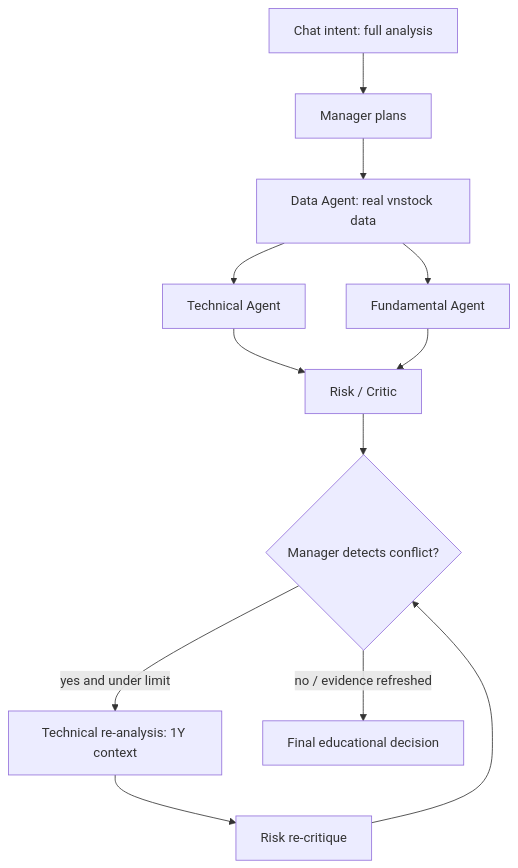
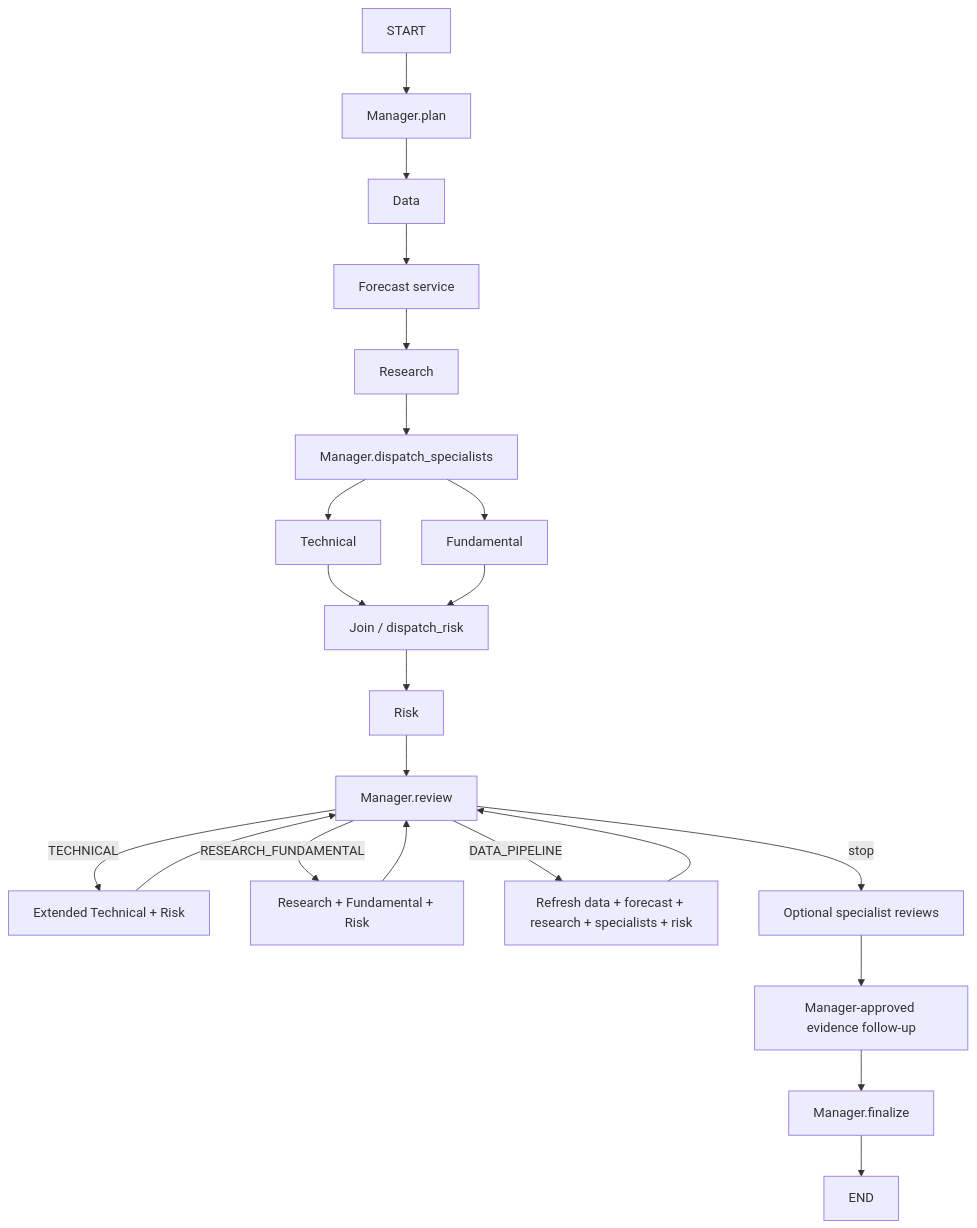
The second of 2 diagrams in README.md (Dung1604005/vietnam-stock-research-agent), drawn with Mermaid before and after one commit. The commit also changed other lines of this file and 86 other files, not shown here.

````diff
--- a/README.md
+++ b/README.md
@@ -87,14 +91,24 @@
 ```mermaid
 flowchart TD
-    U[Chat intent: full analysis] --> M[Manager plans]
-    M --> D[Data Agent: real vnstock data]
-    D --> T[Technical Agent]
-    D --> F[Fundamental Agent]
-    T --> R[Risk / Critic]
-    F --> R
-    R --> C{Manager detects conflict?}
-    C -->|yes and under limit| T2[Technical re-analysis: 1Y context]
-    T2 --> R2[Risk re-critique]
-    R2 --> C
-    C -->|no / evidence refreshed| O[Final educational decision]
+    S[START] --> M[Manager.plan]
+    M --> D[Data]
+    D --> P[Forecast service]
+    P --> R[Research]
+    R --> DS[Manager.dispatch_specialists]
+    DS --> T[Technical]
+    DS --> F[Fundamental]
+    T --> J[Join / dispatch_risk]
+    F --> J
+    J --> K[Risk]
+    K --> V[Manager.review]
+    V -->|TECHNICAL| TR[Extended Technical + Risk]
+    V -->|RESEARCH_FUNDAMENTAL| RF[Research + Fundamental + Risk]
+    V -->|DATA_PIPELINE| DP[Refresh data + forecast + research + specialists + risk]
+    TR --> V
+    RF --> V
+    DP --> V
+    V -->|stop| SR[Optional specialist reviews]
+    SR --> EF[Manager-approved evidence follow-up]
+    EF --> FIN[Manager.finalize]
+    FIN --> E[END]
 ```
````
